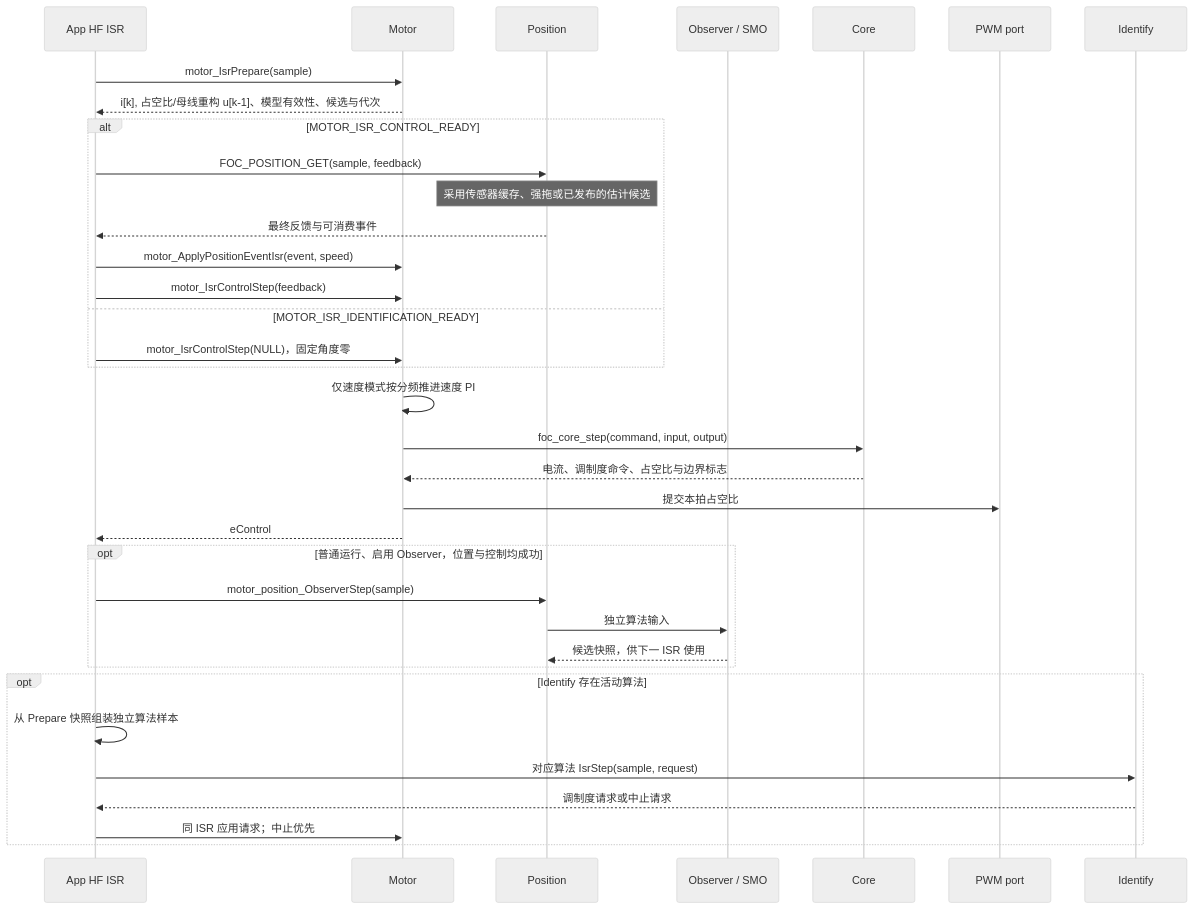
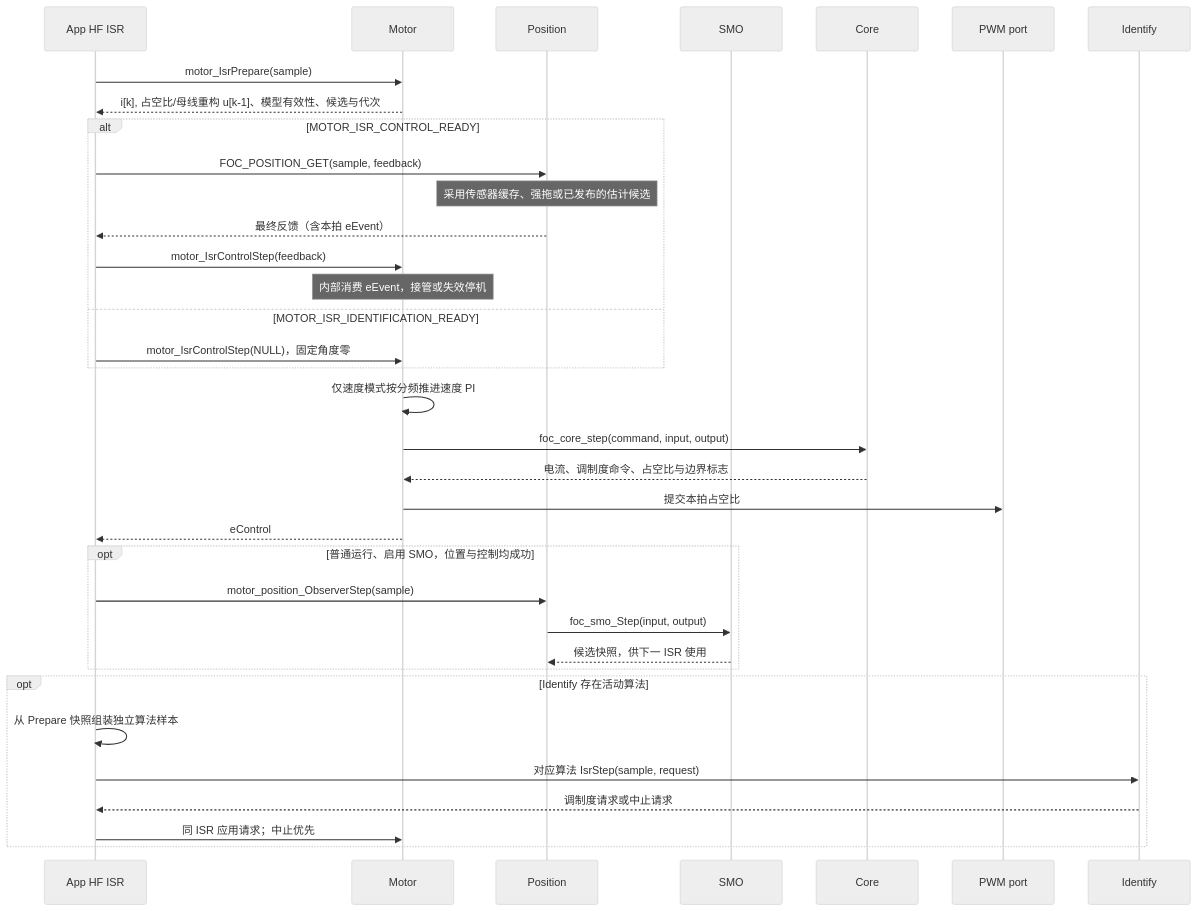
The second of 2 diagrams in foc/docs/foc-architecture.md (wyxun/modus_template), drawn with Mermaid (neutral theme) before and after one commit. The commit also changed other lines of this file and 67 other files, not shown here.

````diff
--- a/foc/docs/foc-architecture.md
+++ b/foc/docs/foc-architecture.md
@@ -90,38 +90,38 @@
 ```mermaid
 sequenceDiagram
     participant App as App HF ISR
     participant Motor as Motor
     participant Pos as Position
-    participant Obs as Observer / SMO
+    participant Obs as SMO
     participant Core as Core
     participant Port as PWM port
     participant Id as Identify
 
     App->>Motor: motor_IsrPrepare(sample)
     Motor-->>App: i[k], 占空比/母线重构 u[k-1]、模型有效性、候选与代次
     alt MOTOR_ISR_CONTROL_READY
         App->>Pos: FOC_POSITION_GET(sample, feedback)
         Note over Pos: 采用传感器缓存、强拖或已发布的估计候选
-        Pos-->>App: 最终反馈与可消费事件
-        App->>Motor: motor_ApplyPositionEventIsr(event, speed)
+        Pos-->>App: 最终反馈（含本拍 eEvent）
         App->>Motor: motor_IsrControlStep(feedback)
+        Note over Motor: 内部消费 eEvent，接管或失效停机
     else MOTOR_ISR_IDENTIFICATION_READY
         App->>Motor: motor_IsrControlStep(NULL)，固定角度零
     end
     Motor->>Motor: 仅速度模式按分频推进速度 PI
     Motor->>Core: foc_core_step(command, input, output)
     Core-->>Motor: 电流、调制度命令、占空比与边界标志
     Motor->>Port: 提交本拍占空比
     Motor-->>App: eControl
-    opt 普通运行、启用 Observer，位置与控制均成功
+    opt 普通运行、启用 SMO，位置与控制均成功
         App->>Pos: motor_position_ObserverStep(sample)
-        Pos->>Obs: 独立算法输入
+        Pos->>Obs: foc_smo_Step(input, output)
         Obs-->>Pos: 候选快照，供下一 ISR 使用
     end
     opt Identify 存在活动算法
         App->>App: 从 Prepare 快照组装独立算法样本
         App->>Id: 对应算法 IsrStep(sample, request)
         Id-->>App: 调制度请求或中止请求
         App->>Motor: 同 ISR 应用请求；中止优先
     end
 ```
````
